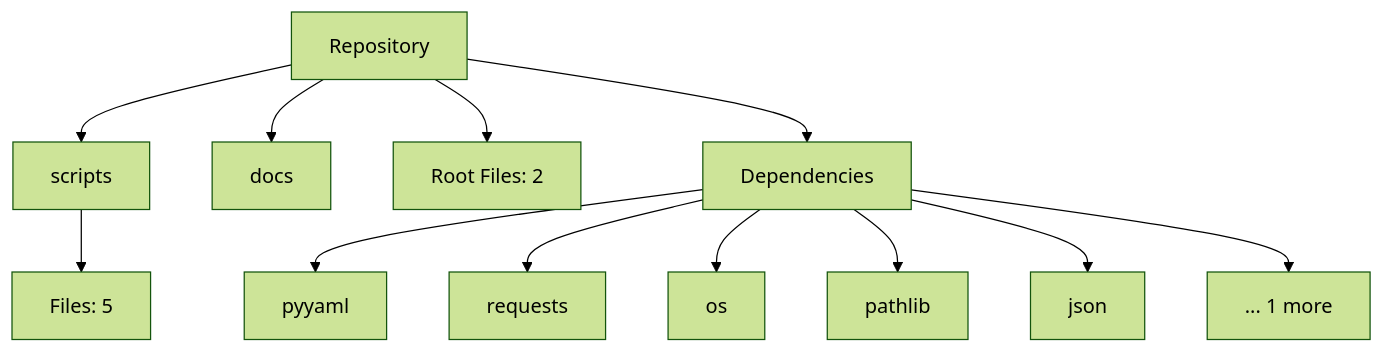
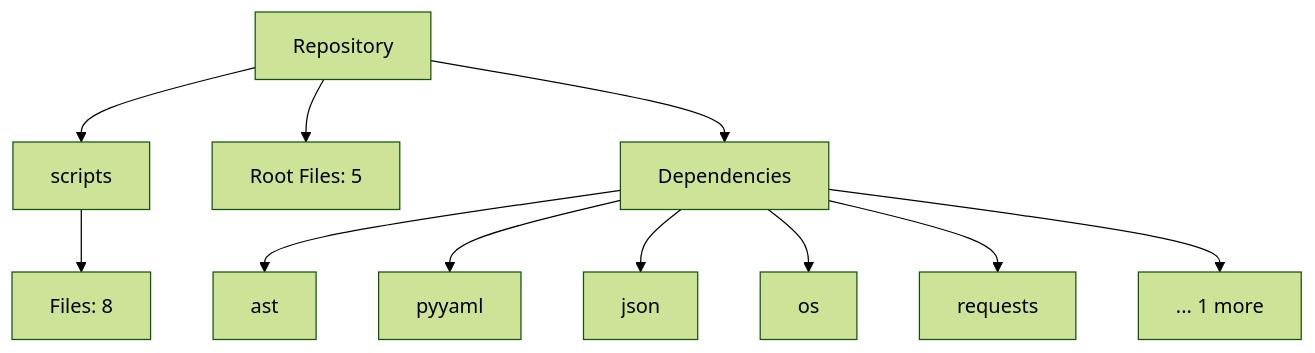
The diagram in README.md (NITISH-R-G/Smart-Task-Tracker-macOS-Dark-Edition-), drawn with Mermaid (forest theme) before and after one commit. The commit also changed other lines of this file and 5 other files, not shown here.

Commit message:
docs(auto): Automatically update repository architecture and README

````diff
--- a/README.md
+++ b/README.md
@@ -17,16 +17,15 @@
 ```mermaid
 graph TD
     Root[Repository]
     Root --> scripts[scripts]
-    scripts --> scripts_files[Files: 5]
-    Root --> docs[docs]
-    Root --> Root_files[Root Files: 2]
+    scripts --> scripts_files[Files: 8]
+    Root --> Root_files[Root Files: 5]
     Root --> Deps[Dependencies]
+    Deps --> ast[ast]
     Deps --> pyyaml[pyyaml]
+    Deps --> json[json]
+    Deps --> os[os]
     Deps --> requests[requests]
-    Deps --> os[os]
-    Deps --> pathlib[pathlib]
-    Deps --> json[json]
     Deps --> MoreDeps[... 1 more]
 
 ```
````
